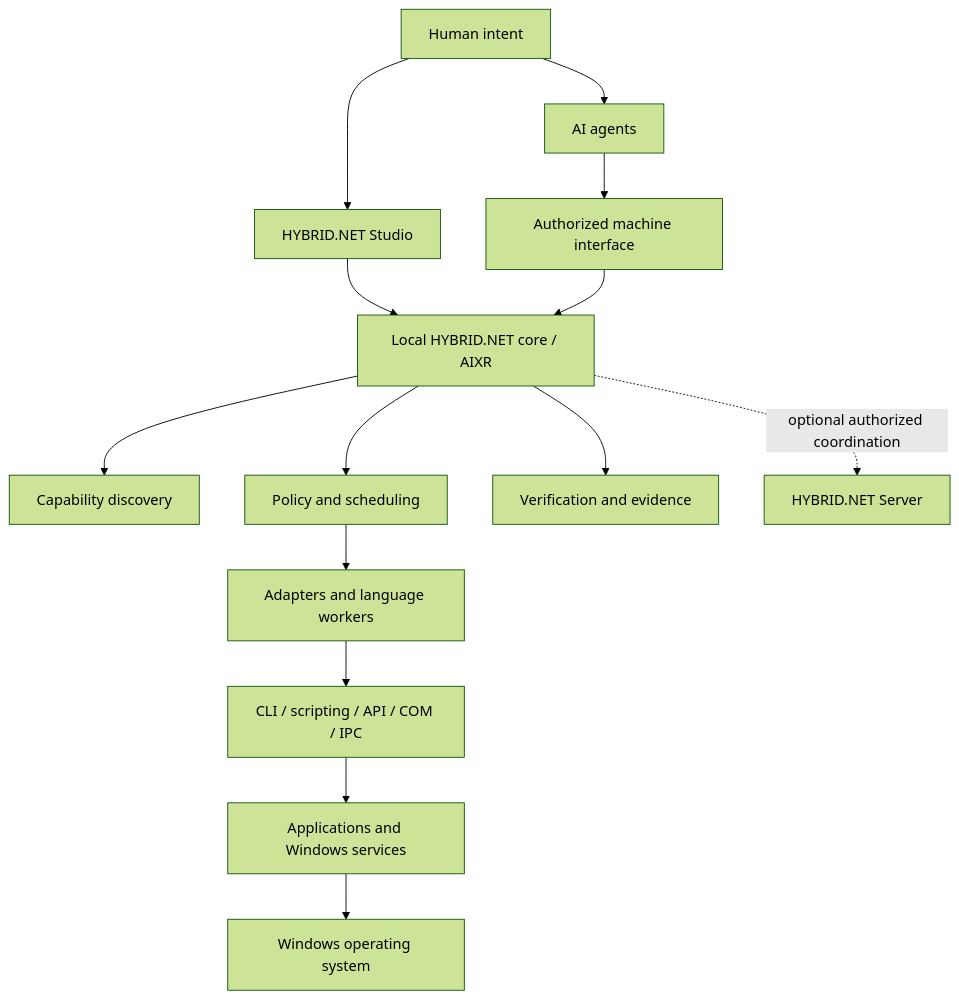
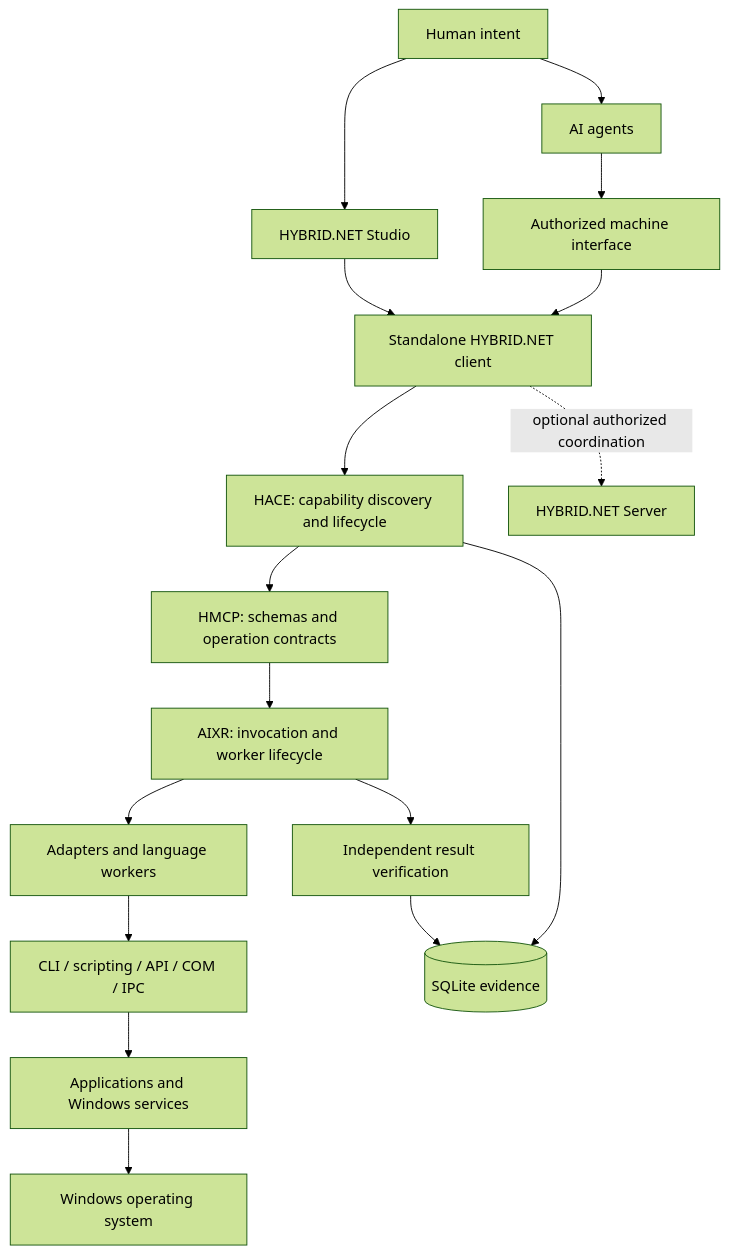
The diagram in docs/architecture/SYSTEM-OVERVIEW.md (chatgptopenaiagi/HYBRID-NET), drawn with Mermaid (forest theme) before and after one commit. The commit also changed other lines of this file and 31 other files, not shown here.

Commit message:
Preserve HACE architecture and independent execution evidence

````diff
--- a/docs/architecture/SYSTEM-OVERVIEW.md
+++ b/docs/architecture/SYSTEM-OVERVIEW.md
@@ -6,16 +6,19 @@
 ```mermaid
 flowchart TB
     Human[Human intent] --> Agents[AI agents]
     Human --> Studio[HYBRID.NET Studio]
     Agents --> Gateway[Authorized machine interface]
-    Studio --> Core[Local HYBRID.NET core / AIXR]
+    Studio --> Core[Standalone HYBRID.NET client]
     Gateway --> Core
-    Core --> Discovery[Capability discovery]
-    Core --> Policy[Policy and scheduling]
-    Core --> Verify[Verification and evidence]
-    Policy --> Adapters[Adapters and language workers]
+    Core --> Discovery[HACE: capability discovery and lifecycle]
+    Discovery --> Contract[HMCP: schemas and operation contracts]
+    Contract --> Runtime[AIXR: invocation and worker lifecycle]
+    Runtime --> Adapters[Adapters and language workers]
     Adapters --> Interfaces[CLI / scripting / API / COM / IPC]
     Interfaces --> Apps[Applications and Windows services]
     Apps --> OS[Windows operating system]
+    Runtime --> Verify[Independent result verification]
+    Verify --> Evidence[(SQLite evidence)]
+    Discovery --> Evidence
     Core -. optional authorized coordination .-> Server[HYBRID.NET Server]
 ```
````
